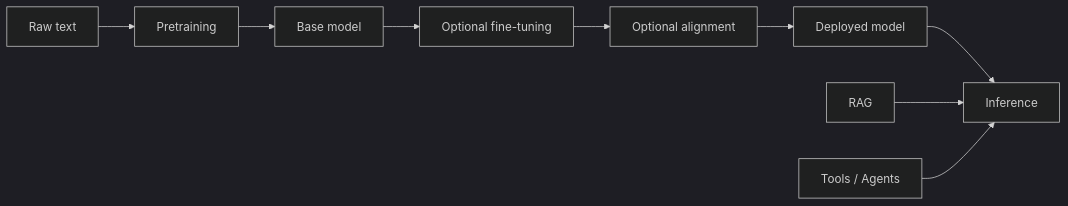
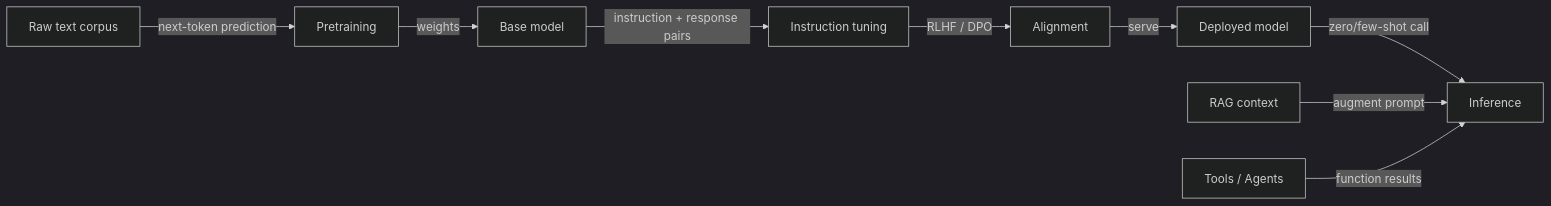
One commit to EmersonBraun/ai-summary-hub changed the diagram in docs/llms/index.md. Above: the diagram before and after it, drawn with Mermaid (dark theme). The commit also changed other lines of this file and 77 other files, not shown here.

````diff
--- a/docs/llms/index.md
+++ b/docs/llms/index.md
@@ -21,11 +21,11 @@
 ```mermaid
 flowchart LR
-  Data[Raw text] --> Pretrain[Pretraining]
-  Pretrain --> Base[Base model]
-  Base --> Tune[Optional fine-tuning]
-  Tune --> Align[Optional alignment]
-  Align --> Deploy[Deployed model]
-  Deploy --> Infer[Inference]
-  RAG[RAG] --> Infer
-  Tools["Tools / Agents"] --> Infer
+  Data[Raw text corpus] -->|next-token prediction| Pretrain[Pretraining]
+  Pretrain -->|weights| Base[Base model]
+  Base -->|instruction + response pairs| Tune[Instruction tuning]
+  Tune -->|RLHF / DPO| Align[Alignment]
+  Align -->|serve| Deploy[Deployed model]
+  Deploy -->|zero/few-shot call| Infer[Inference]
+  RAG[RAG context] -->|augment prompt| Infer
+  Tools[Tools / Agents] -->|function results| Infer
 ```
````
